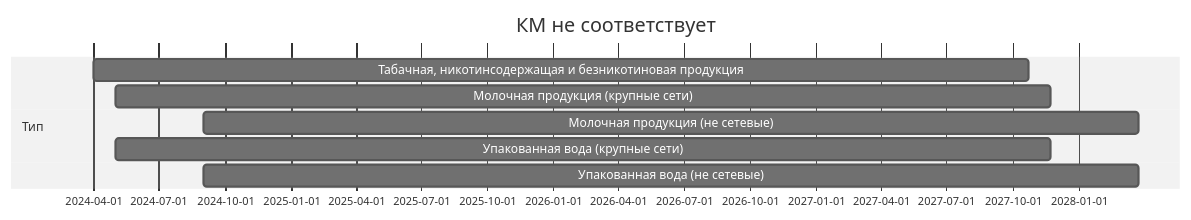
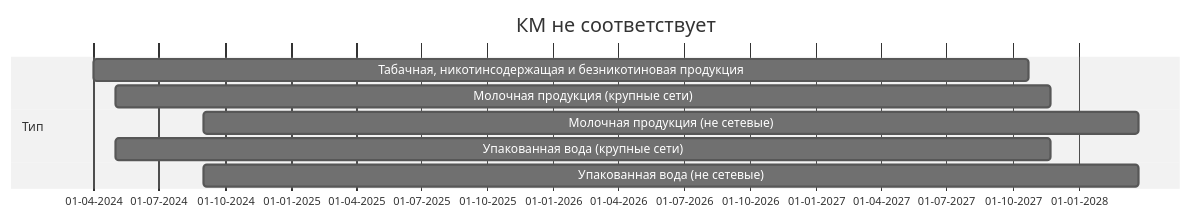
Before and after one commit to itidasoft/wiki: the seventh of 7 diagrams in imark/ppr1944.md, drawn with Mermaid (neutral theme). The commit also changed other lines of this file, not shown here.

````diff
--- a/imark/ppr1944.md
+++ b/imark/ppr1944.md
@@ -264,12 +269,13 @@
 ```mermaid
 gantt
 	title КМ не соответствует
   dateFormat DD-MM-YYYY
+  axisFormat %d-%m-%Y
   section Тип
   	Табачная, никотинсодержащая и безникотиновая продукция          :a1, 01-04-2024, 1300d
     Молочная продукция (крупные сети)    :a2, 01-05-2024, 1300d
     Молочная продукция (не сетевые)    :a3, 01-09-2024, 1300d
     Упакованная вода (крупные сети)   :a4, 01-05-2024, 1300d
     Упакованная вода (не сетевые)   :a5, 01-09-2024, 1300d
     
 ```
````
